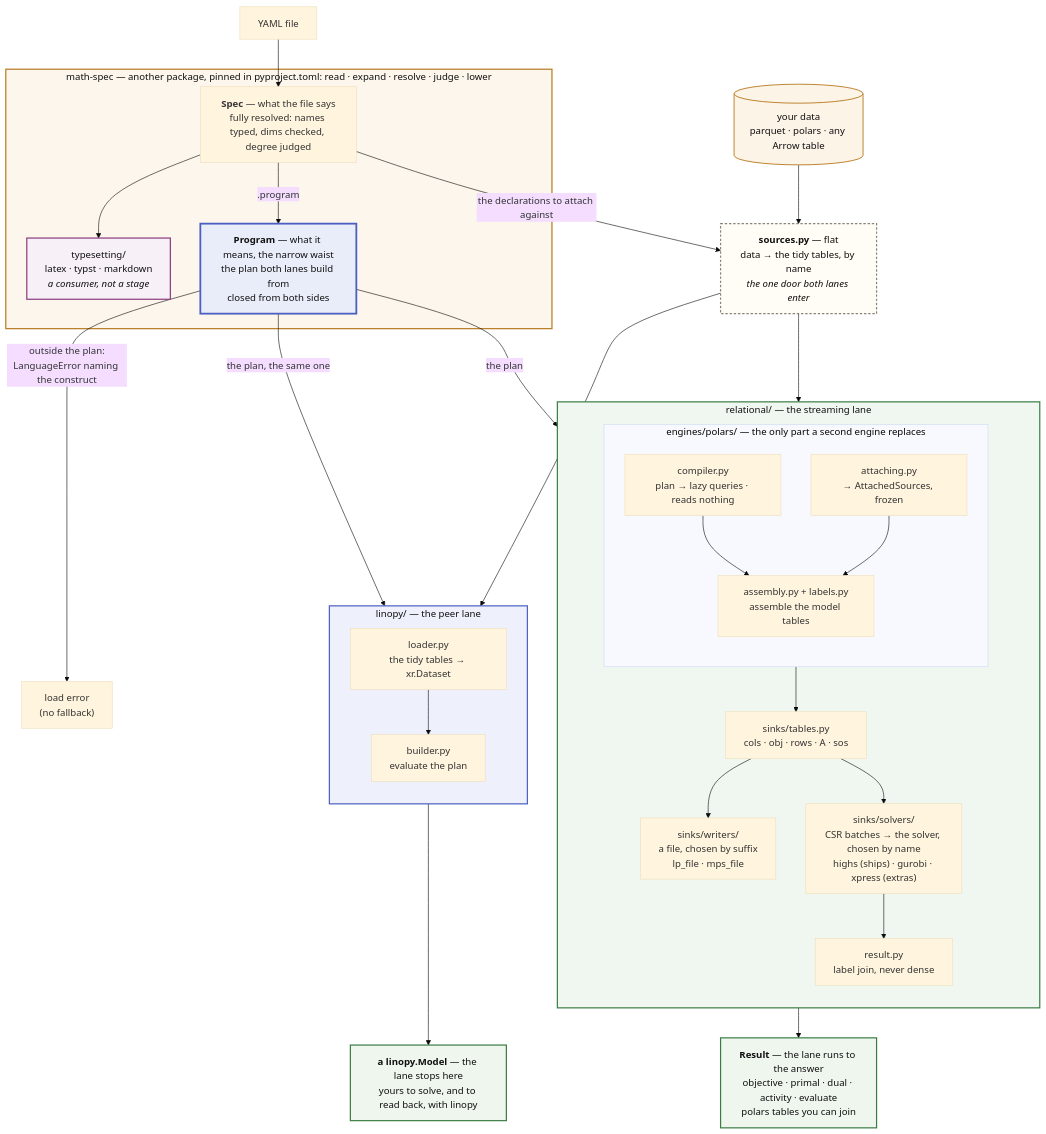
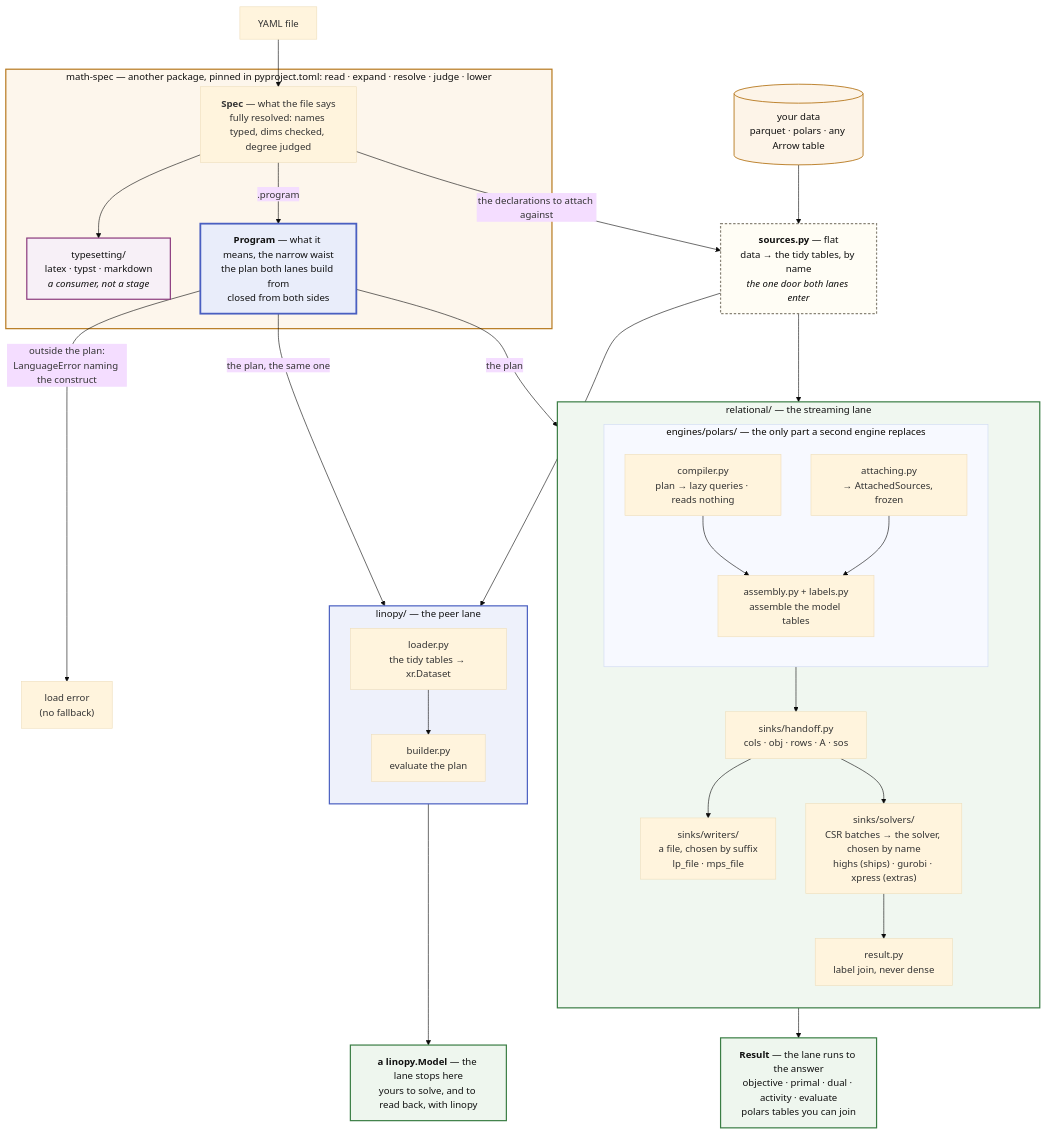
One commit to fluxopt/lpspec changed the first of 2 diagrams in docs/about/architecture.md. Above: the diagram before and after it, drawn with Mermaid (base theme). The commit also changed other lines of this file and 41 other files, not shown here.

````diff
--- a/docs/about/architecture.md
+++ b/docs/about/architecture.md
@@ -59,59 +59,59 @@
 ```mermaid
 flowchart TB
     Y[YAML file] --> SPEC
     DATA[("your data<br/>parquet · polars · any Arrow table")] --> SRC
 
     subgraph MS["math-spec — another package, pinned in pyproject.toml: read · expand · resolve · judge · lower"]
         SPEC["<b>Spec</b> — what the file says<br/>fully resolved: names typed, dims checked, degree judged"]
         SPEC --> TS["typesetting/<br/>latex · typst · markdown<br/><i>a consumer, not a stage</i>"]
         SPEC -->|".program"| PLAN["<b>Program</b> — what it means, the narrow waist<br/>the plan both lanes build from<br/>closed from both sides"]
     end
 
     SPEC -->|"the declarations to attach against"| SRC
     SRC["<b>sources.py</b> — flat<br/>data → the tidy tables, by name<br/><i>the one door both lanes enter</i>"]
 
     PLAN -->|"outside the plan:<br/>LanguageError naming the construct"| ERR["load error<br/>(no fallback)"]
     PLAN -->|"the plan"| COMP
     SRC --> ATTACH
     PLAN -->|"the plan, the same one"| BUILD
     SRC --> LOAD
 
     subgraph REL["relational/ — the streaming lane"]
         direction TB
         subgraph ENG["engines/polars/ — the only part a second engine replaces"]
             direction TB
             COMP["compiler.py<br/>plan → lazy queries · reads nothing"] --> ENGINE
             ATTACH["attaching.py<br/>→ AttachedSources, frozen"] --> ENGINE["assembly.py + labels.py<br/>assemble the model tables"]
         end
-        ENG --> TABLES["sinks/tables.py<br/>cols · obj · rows · A · sos"]
+        ENG --> TABLES["sinks/handoff.py<br/>cols · obj · rows · A · sos"]
         TABLES --> LPS["sinks/writers/<br/>a file, chosen by suffix<br/>lp_file · mps_file"]
         TABLES --> DIRECT["sinks/solvers/<br/>CSR batches → the solver, chosen by name<br/>highs (ships) · gurobi · xpress (extras)"]
         DIRECT --> SOL["result.py<br/>label join, never dense"]
     end
 
     SOL --> ANS["<b>Result</b> — the lane runs to the answer<br/>objective · primal · dual · activity · evaluate<br/>polars tables you can join"]
 
     subgraph LIN["linopy/ — the peer lane"]
         direction TB
         LOAD["loader.py<br/>the tidy tables → xr.Dataset"] --> BUILD["builder.py<br/>evaluate the plan"]
     end
 
     BUILD --> MODEL["<b>a linopy.Model</b> — the lane stops here<br/>yours to solve, and to read back, with linopy"]
 
     classDef laneL fill:#fdf6ec,stroke:#b7791f,stroke-width:2px,color:#111
     classDef laneR fill:#f0f7f0,stroke:#3a7d44,stroke-width:2px,color:#111
     classDef laneE fill:#eef1fb,stroke:#4a5fc1,stroke-width:2px,color:#111
     classDef laneT fill:#f7f0f7,stroke:#8b3a7d,stroke-width:2px,color:#111
     classDef waist fill:#e9edfa,stroke:#4a5fc1,stroke-width:3px,color:#111
     classDef flat fill:#fffdf5,stroke:#8a8578,stroke-width:2px,stroke-dasharray:4 3,color:#111
     classDef data fill:#fdf4e8,stroke:#b7791f,stroke-width:1.5px,color:#111
     classDef out fill:#eef6ee,stroke:#3a7d44,stroke-width:2px,color:#111
     class MS laneL
     class REL laneR
     class LIN laneE
     class TS laneT
     class PLAN waist
     class SRC flat
     class DATA data
     class ANS,MODEL out
 ```
````
